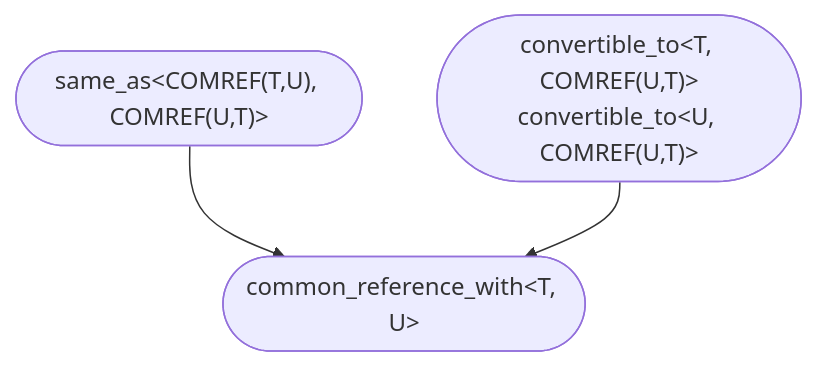
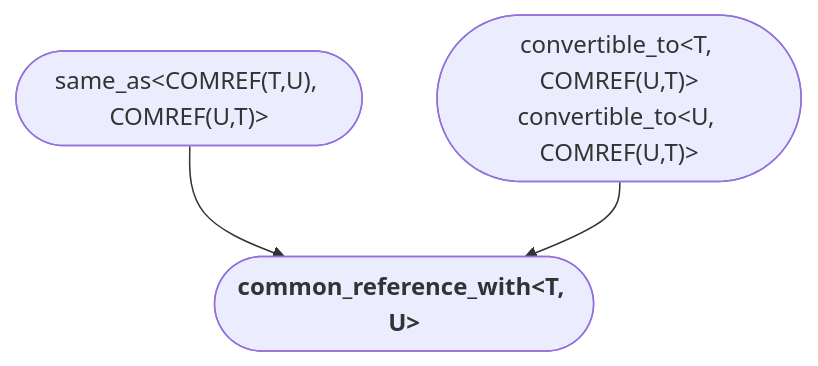
One commit to yohhoy/cpp-concepts changed the second of 18 diagrams in README.md. Above: the diagram before and after it, drawn with Mermaid. The commit also changed other lines of this file, not shown here.

````diff
--- a/README.md
+++ b/README.md
@@ -18,6 +18,6 @@
 ```mermaid
 graph TD
     %% std::common_reference_with<T, U>
-    same_as(["same_as&lt;COMREF(T,U), COMREF(U,T)&gt;"]) --> common_reference_with(["common_reference_with&lt;T, U&gt;"]);
+    same_as(["same_as&lt;COMREF(T,U), COMREF(U,T)&gt;"]) --> common_reference_with(["<b>common_reference_with&lt;T, U&gt;</b>"]);
     convertible_to(["convertible_to&lt;T, COMREF(U,T)&gt;<br>convertible_to&lt;U, COMREF(U,T)&gt;"]) --> common_reference_with;
 ```
````
